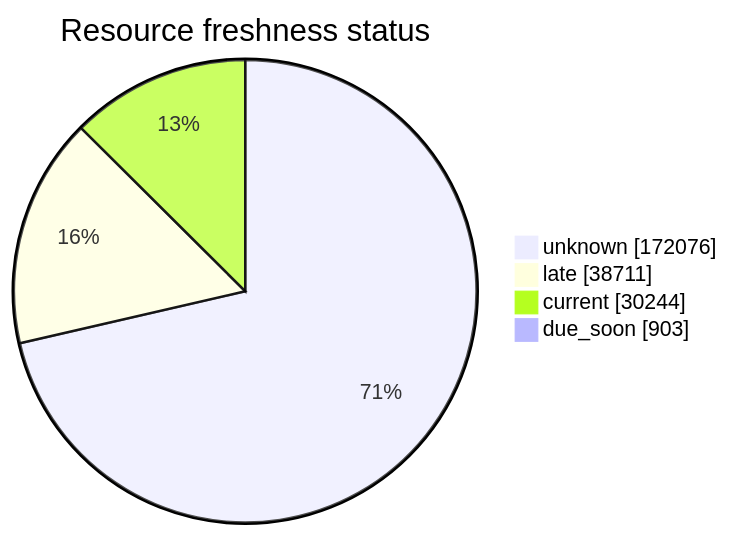
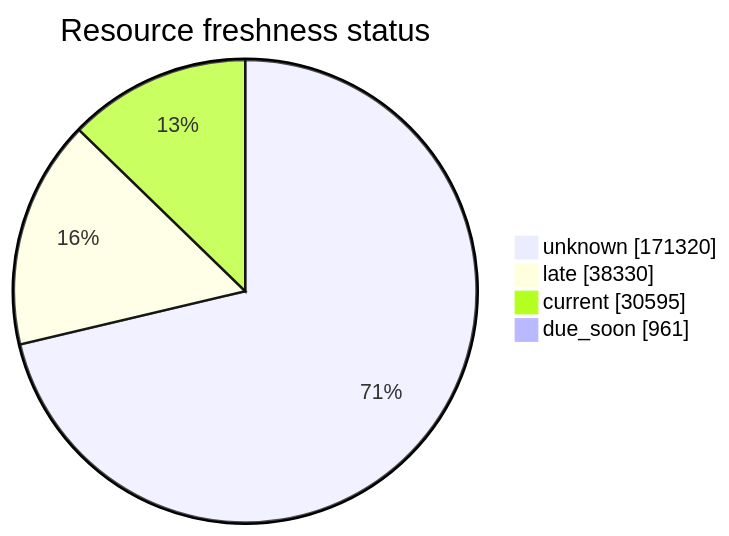
The third of 5 diagrams in FreshCheck/README.md (open-data/analytics-corporate-reporting), drawn with Mermaid before and after one commit. The commit also changed other lines of this file and 3 other files, not shown here.

````diff
--- a/FreshCheck/README.md
+++ b/FreshCheck/README.md
@@ -77,7 +77,7 @@
 ```mermaid
 pie showData title Resource freshness status
-    "unknown": 172076
-    "late": 38711
-    "current": 30244
-    "due_soon": 903
+    "unknown": 171320
+    "late": 38330
+    "current": 30595
+    "due_soon": 961
 ```
````
